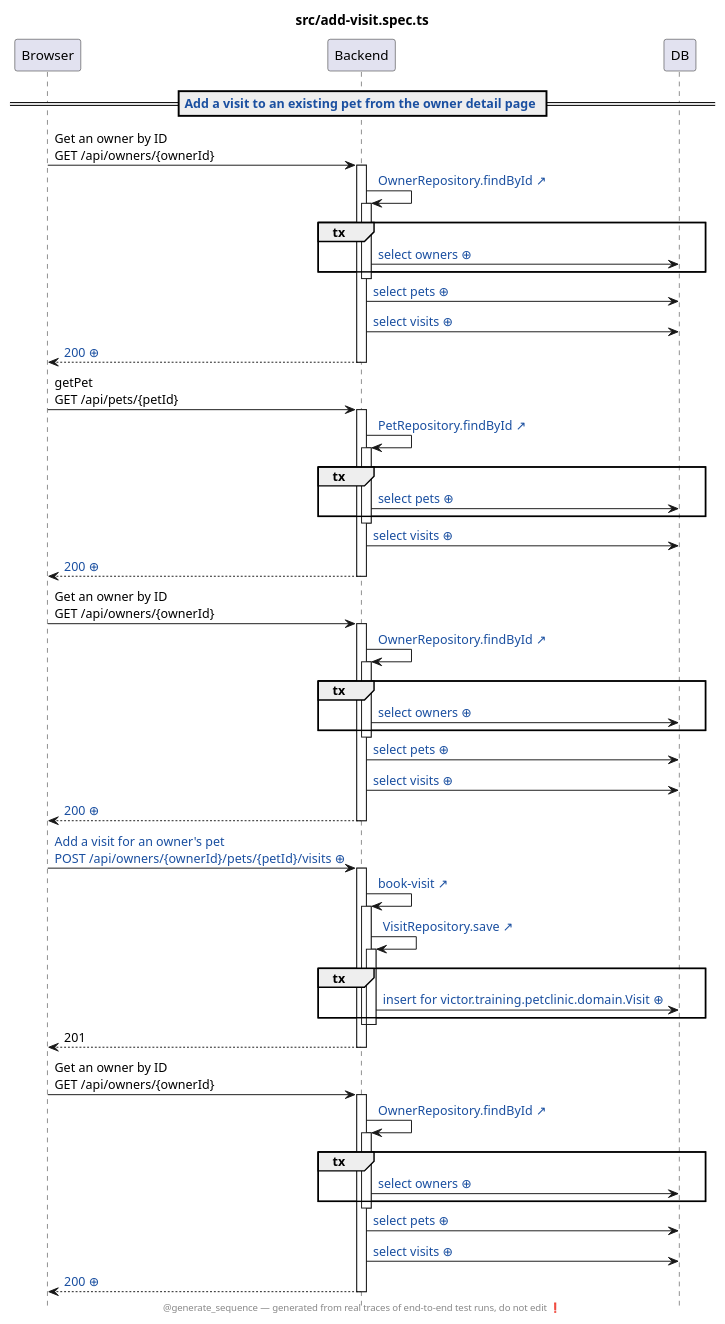
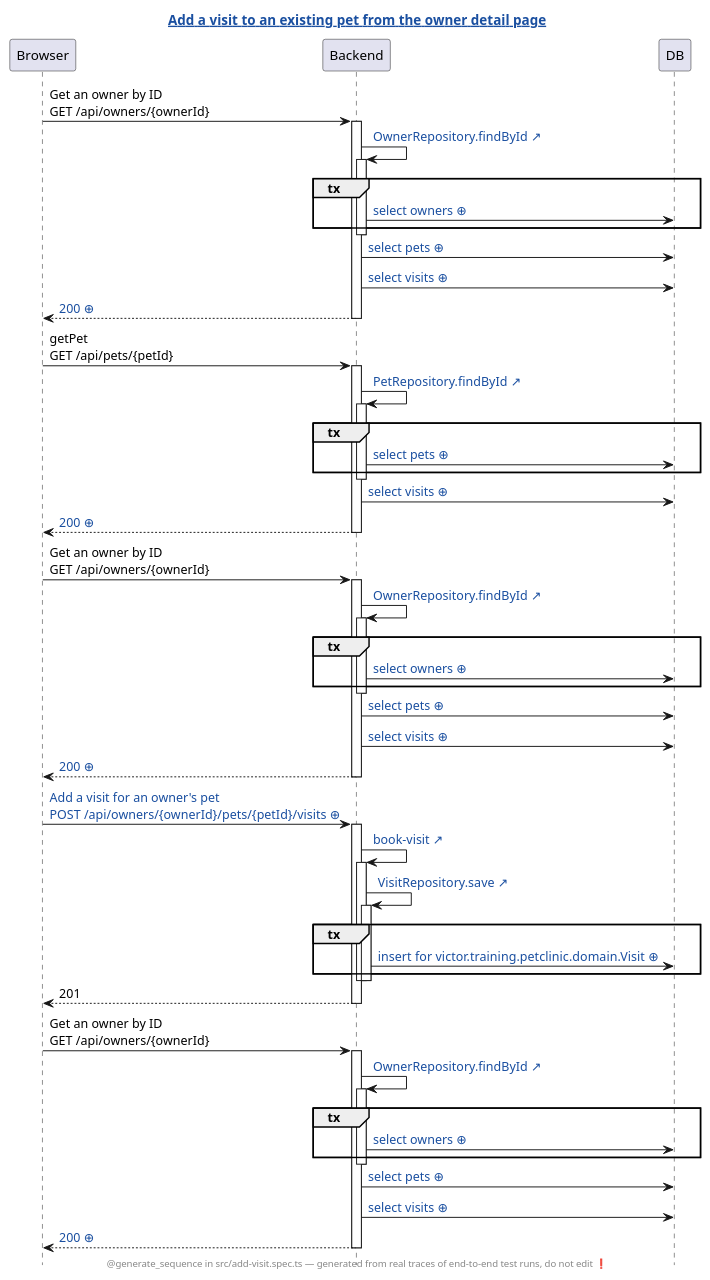
The diagram in petclinic-test/src/add-visit.spec.ts.add-a-visit-to-an-existing-pet-from-the-owner-detail-page.genseq.puml (victorrentea/petclinic), drawn with PlantUML before and after one commit. The commit also changed 14 other files, not shown here.

First line of the commit message:
genseq: the scenario names the picture, and @GenerateSequence marks one test

```diff
--- a/petclinic-test/src/add-visit.spec.ts.add-a-visit-to-an-existing-pet-from-the-owner-detail-page.genseq.puml
+++ b/petclinic-test/src/add-visit.spec.ts.add-a-visit-to-an-existing-pet-from-the-owner-detail-page.genseq.puml
@@ -1,72 +1,71 @@
 @startuml
 ' ⚠️  GENERATED FILE — DO NOT EDIT. Every edit is lost on the next run.
 hide footbox
 skinparam hyperlinkUnderline false
 skinparam hyperlinkColor #1A4FA0
-title src/add-visit.spec.ts
-footer @generate_sequence — generated from real traces of end-to-end test runs, do not edit ❗
+title [[src://petclinic-test/src/add-visit.spec.ts:35{Click to open the test} Add a visit to an existing pet from the owner detail page]]
+footer @generate_sequence in src/add-visit.spec.ts — generated from real traces of end-to-end test runs, do not edit ❗
 participant Browser
 participant Backend
 participant DB
-== [[src://petclinic-test/src/add-visit.spec.ts:35{Click to open the test} Add a visit to an existing pet from the owner detail page]] ==
 Browser -> Backend: Get an owner by ID\nGET /api/owners/{ownerId}
 activate Backend
 Backend -> Backend: [[src://petclinic-backend/src/main/java/victor/training/petclinic/repository/OwnerRepository.java:14{Click to open OwnerRepository.findById} OwnerRepository.findById ↗]]
 activate Backend
 group tx
 Backend -> DB: [[genseq://0x8aana{Click for the statement behind this call} select owners ⊕]]
 end
 deactivate Backend
 Backend -> DB: [[genseq://18567ho{Click for the statement behind this call} select pets ⊕]]
 Backend -> DB: [[genseq://13apewa{Click for the statement behind this call} select visits ⊕]]
 Backend --> Browser: [[genseq://0tvg3tn{Click for this call’s JSON body} 200 ⊕]]
 deactivate Backend
 Browser -> Backend: getPet\nGET /api/pets/{petId}
 activate Backend
 Backend -> Backend: [[src://petclinic-backend/src/main/java/victor/training/petclinic/repository/PetRepository.java:16{Click to open PetRepository.findById} PetRepository.findById ↗]]
 activate Backend
 group tx
 Backend -> DB: [[genseq://0y7w2ps{Click for the statement behind this call} select pets ⊕]]
 end
 deactivate Backend
 Backend -> DB: [[genseq://13apewa{Click for the statement behind this call} select visits ⊕]]
 Backend --> Browser: [[genseq://0ts0dcp{Click for this call’s JSON body} 200 ⊕]]
 deactivate Backend
 Browser -> Backend: Get an owner by ID\nGET /api/owners/{ownerId}
 activate Backend
 Backend -> Backend: [[src://petclinic-backend/src/main/java/victor/training/petclinic/repository/OwnerRepository.java:14{Click to open OwnerRepository.findById} OwnerRepository.findById ↗]]
 activate Backend
 group tx
 Backend -> DB: [[genseq://0x8aana{Click for the statement behind this call} select owners ⊕]]
 end
 deactivate Backend
 Backend -> DB: [[genseq://18567ho{Click for the statement behind this call} select pets ⊕]]
 Backend -> DB: [[genseq://13apewa{Click for the statement behind this call} select visits ⊕]]
 Backend --> Browser: [[genseq://0tvg3tn{Click for this call’s JSON body} 200 ⊕]]
 deactivate Backend
 Browser -> Backend: [[genseq://1oz3en3{Click for this call’s JSON body} Add a visit for an owner's pet\nPOST /api/owners/{ownerId}/pets/{petId}/visits ⊕]]
 activate Backend
 Backend -> Backend: [[src://petclinic-backend/src/main/java/victor/training/petclinic/rest/OwnerRestController.java:193{Click to open OwnerRestController.bookVisit} book-visit ↗]]
 activate Backend
 Backend -> Backend: [[src://petclinic-backend/src/main/java/victor/training/petclinic/repository/VisitRepository.java:14{Click to open VisitRepository.save} VisitRepository.save ↗]]
 activate Backend
 group tx
 Backend -> DB: [[genseq://0lkchvc{Click for the statement behind this call} insert for victor.training.petclinic.domain.Visit ⊕]]
 end
 deactivate Backend
 deactivate Backend
 Backend --> Browser: 201
 deactivate Backend
 Browser -> Backend: Get an owner by ID\nGET /api/owners/{ownerId}
 activate Backend
 Backend -> Backend: [[src://petclinic-backend/src/main/java/victor/training/petclinic/repository/OwnerRepository.java:14{Click to open OwnerRepository.findById} OwnerRepository.findById ↗]]
 activate Backend
 group tx
 Backend -> DB: [[genseq://0x8aana{Click for the statement behind this call} select owners ⊕]]
 end
 deactivate Backend
 Backend -> DB: [[genseq://18567ho{Click for the statement behind this call} select pets ⊕]]
 Backend -> DB: [[genseq://13apewa{Click for the statement behind this call} select visits ⊕]]
 Backend --> Browser: [[genseq://13cdpck{Click for this call’s JSON body} 200 ⊕]]
 deactivate Backend
 @enduml
```
